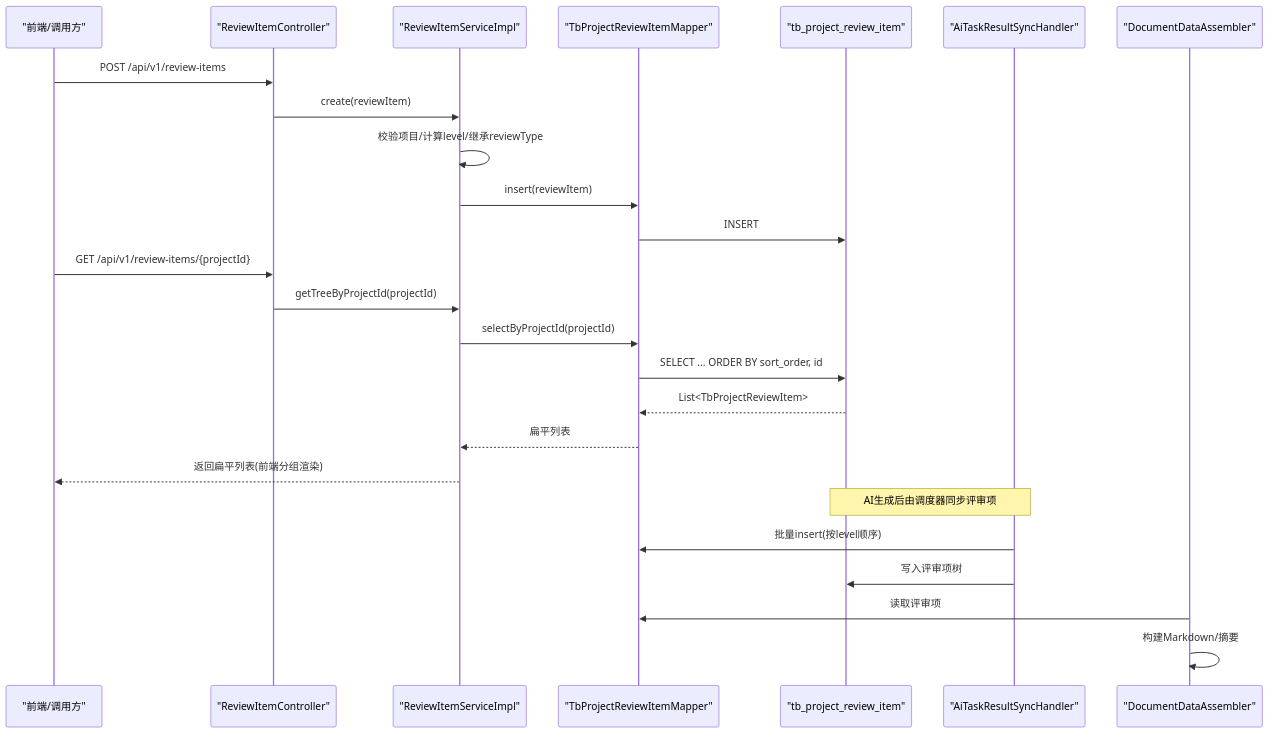
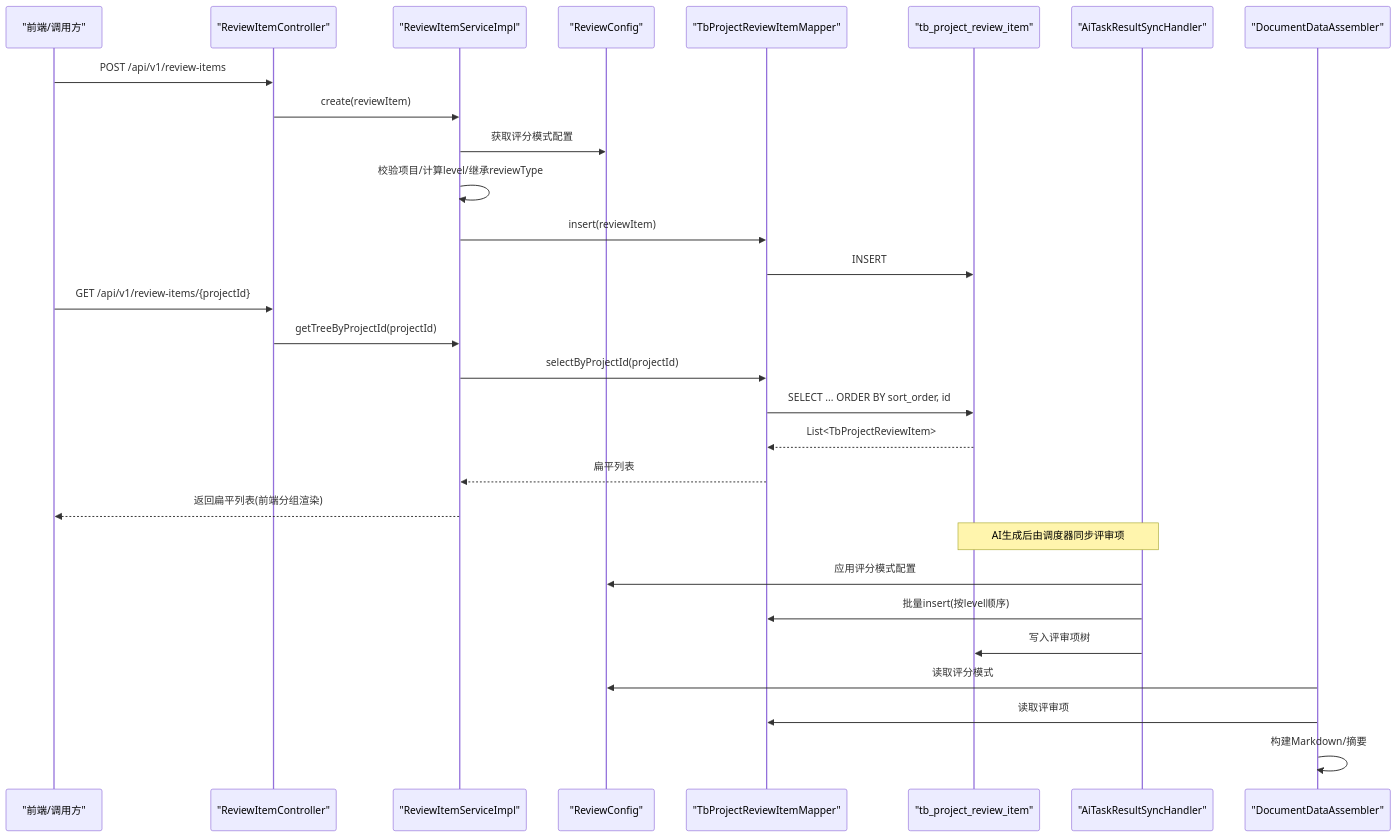
Before and after one commit to DrunkFood/First: the second of 8 diagrams in .qoder/repowiki/zh/content/数据库设计/核心业务数据模型/评审项实体(TbProjectReviewItem).md, drawn with Mermaid. The commit also changed other lines of this file and 70 other files, not shown here.

````diff
--- a/.qoder/repowiki/zh/content/数据库设计/核心业务数据模型/评审项实体(TbProjectReviewItem).md
+++ b/.qoder/repowiki/zh/content/数据库设计/核心业务数据模型/评审项实体(TbProjectReviewItem).md
@@ -92,27 +117,31 @@
 ```mermaid
 sequenceDiagram
 participant FE as "前端/调用方"
 participant Ctrl as "ReviewItemController"
 participant Svc as "ReviewItemServiceImpl"
+participant Config as "ReviewConfig"
 participant Mapper as "TbProjectReviewItemMapper"
 participant DB as "tb_project_review_item"
 participant Sync as "AiTaskResultSyncHandler"
 participant Asm as "DocumentDataAssembler"
 FE->>Ctrl : POST /api/v1/review-items
 Ctrl->>Svc : create(reviewItem)
+Svc->>Config : 获取评分模式配置
 Svc->>Svc : 校验项目/计算level/继承reviewType
 Svc->>Mapper : insert(reviewItem)
 Mapper->>DB : INSERT
 FE->>Ctrl : GET /api/v1/review-items/{projectId}
 Ctrl->>Svc : getTreeByProjectId(projectId)
 Svc->>Mapper : selectByProjectId(projectId)
 Mapper->>DB : SELECT ... ORDER BY sort_order, id
 DB-->>Mapper : List<TbProjectReviewItem>
 Mapper-->>Svc : 扁平列表
 Svc-->>FE : 返回扁平列表(前端分组渲染)
 Note over Sync,DB : AI生成后由调度器同步评审项
+Sync->>Config : 应用评分模式配置
 Sync->>Mapper : 批量insert(按level顺序)
 Sync->>DB : 写入评审项树
+Asm->>Config : 读取评分模式
 Asm->>Mapper : 读取评审项
 Asm->>Asm : 构建Markdown/摘要
 ```
````
